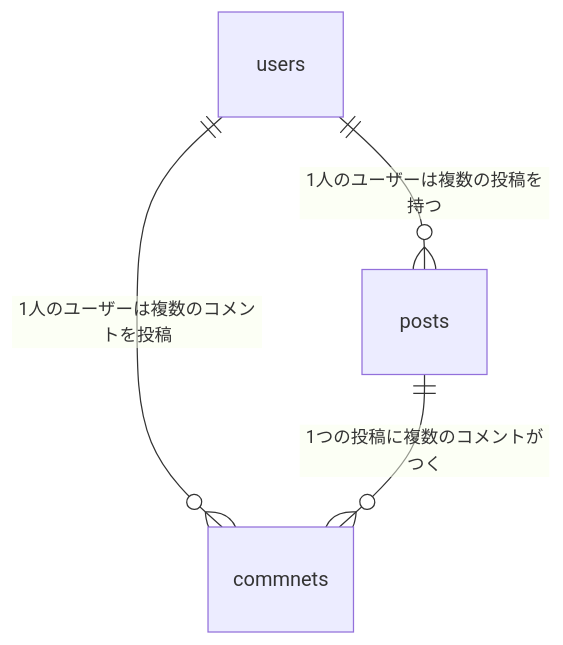
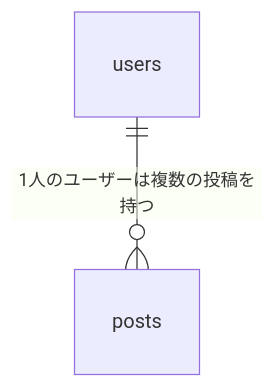
Before and after one commit to yuta3003/blog-template-backend: the second of 2 diagrams in README.md, drawn with Mermaid. The commit also changed other lines of this file, not shown here.

````diff
--- a/README.md
+++ b/README.md
@@ -27,6 +22,4 @@
 ```mermaid
 erDiagram
   users ||--o{ posts : "1人のユーザーは複数の投稿を持つ"
-  users ||--o{ commnets : "1人のユーザーは複数のコメントを投稿"
-  posts ||--o{ commnets : "1つの投稿に複数のコメントがつく"
 ```
````
